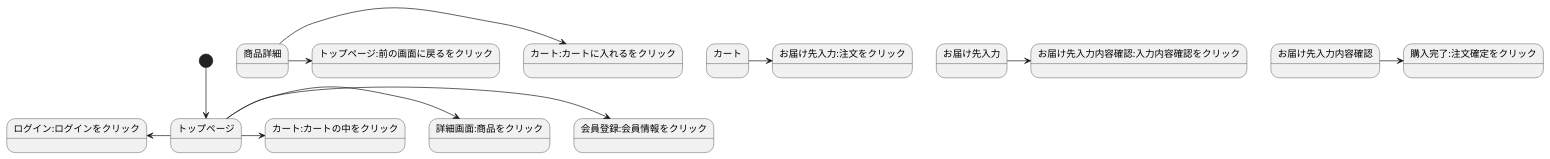
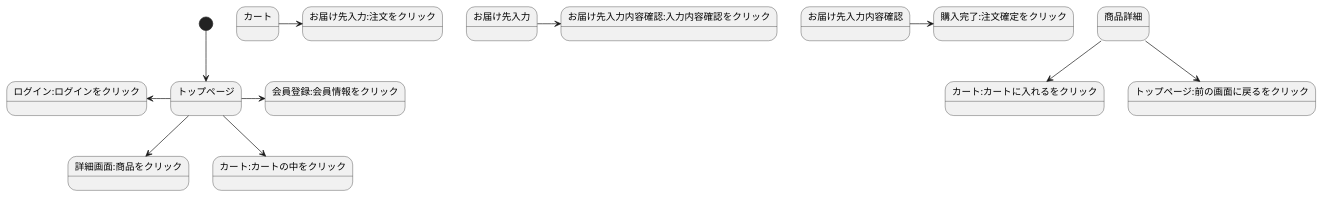
The diagram in stm01.md (Aso2001409/2021sys-design), drawn with PlantUML before and after one commit.

````diff
--- a/stm01.md
+++ b/stm01.md
@@ -1,14 +1,14 @@
 ```uml
 @startuml
 [*]-->トップページ
 トップページ->会員登録:会員情報をクリック
-トップページ-left>ログイン:ログインをクリック
-トップページ->詳細画面:商品をクリック
-トップページ->カート:カートの中をクリック
-商品詳細->カート:カートに入れるをクリック
-商品詳細->トップページ:前の画面に戻るをクリック
+トップページ-left->ログイン:ログインをクリック
+トップページ-->詳細画面:商品をクリック
+トップページ-->カート:カートの中をクリック
+商品詳細-->カート:カートに入れるをクリック
+商品詳細-->トップページ:前の画面に戻るをクリック
 カート->お届け先入力:注文をクリック
 お届け先入力->お届け先入力内容確認:入力内容確認をクリック
 お届け先入力内容確認->購入完了:注文確定をクリック
 @enduml
 ```
````
